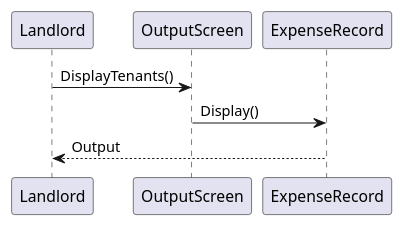
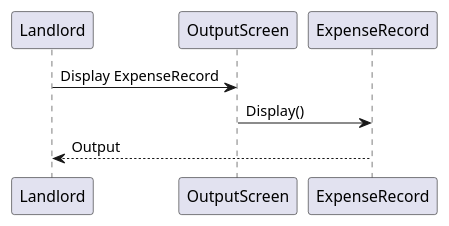
One commit to ben9543/CECS-343-Capstone-Project changed the diagram in activity5/displayExpenseRecord.puml. Above: the diagram before and after it, drawn with PlantUML. The commit also changed 13 other files, not shown here.

Commit message:
Update all diagrams

```diff
--- a/activity5/displayExpenseRecord.puml
+++ b/activity5/displayExpenseRecord.puml
@@ -1,7 +1,7 @@
 @startuml DisplayExpenseRecord
 
-Landlord -> OutputScreen: DisplayTenants()
+Landlord -> OutputScreen: Display ExpenseRecord
 OutputScreen -> ExpenseRecord: Display()
 Landlord <-- ExpenseRecord: Output
 
 @enduml
```
